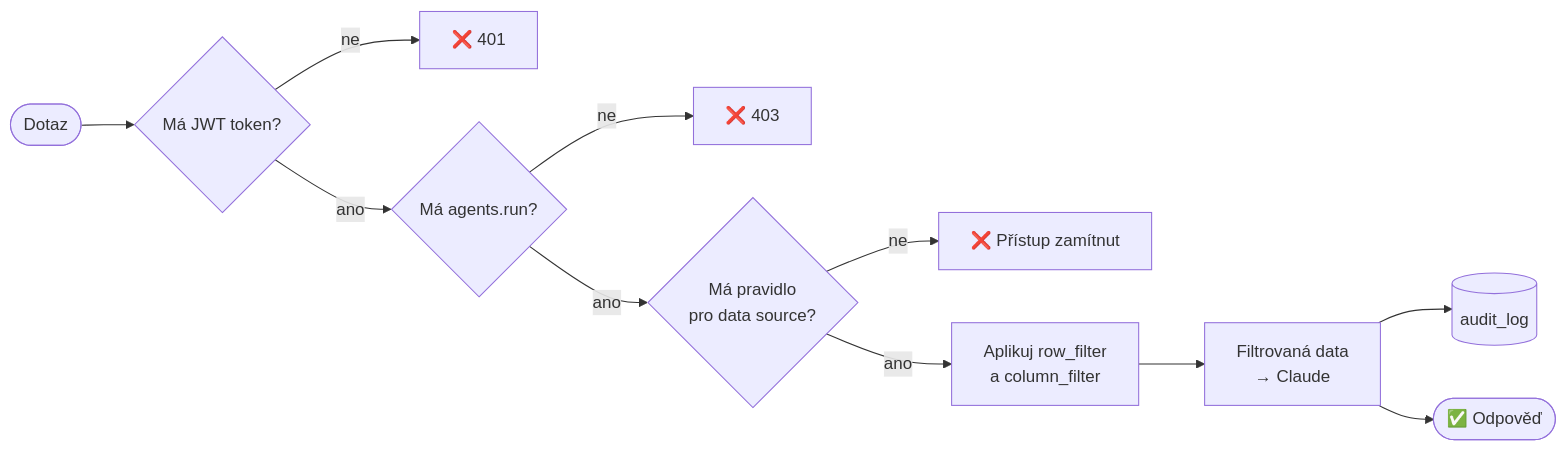
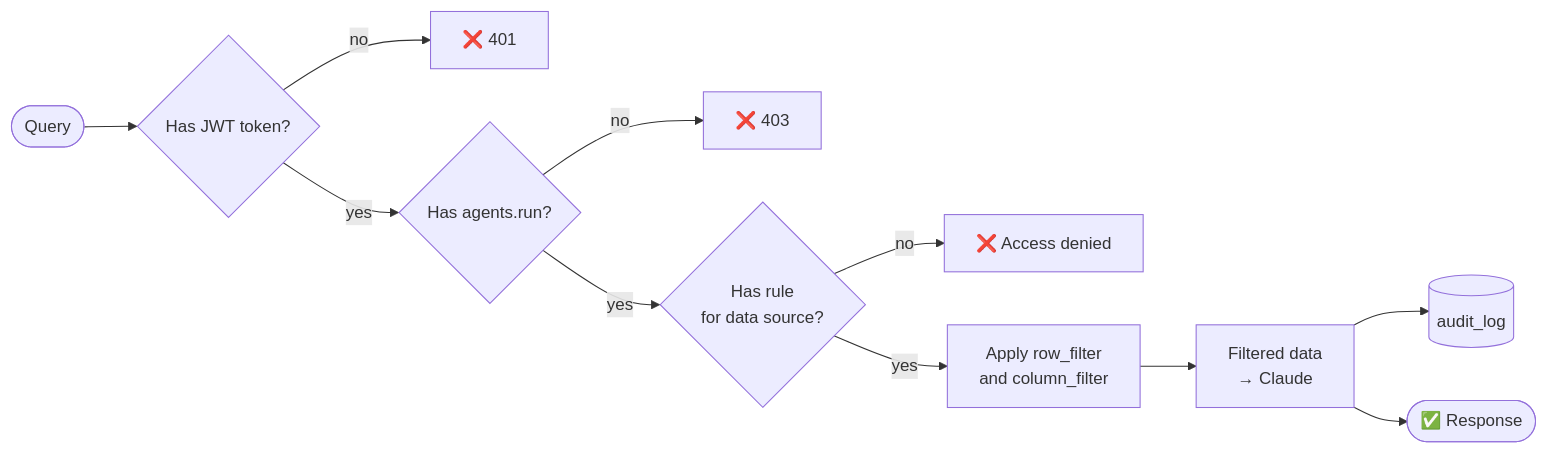
Before and after one commit to navidofek-cmyk/virtual_co: the third of 6 diagrams in db_demo/schema_grafika.md, drawn with Mermaid. The commit also changed other lines of this file and 3 other files, not shown here.

````diff
--- a/db_demo/schema_grafika.md
+++ b/db_demo/schema_grafika.md
@@ -65,13 +65,13 @@
 ```mermaid
 flowchart LR
-    REQ([Dotaz]) --> A1{Má JWT token?}
-    A1 -->|ne| E1[❌ 401]
-    A1 -->|ano| A2{Má agents.run?}
-    A2 -->|ne| E2[❌ 403]
-    A2 -->|ano| A3{Má pravidlo\npro data source?}
-    A3 -->|ne| E3[❌ Přístup zamítnut]
-    A3 -->|ano| A4[Aplikuj row_filter\na column_filter]
-    A4 --> A5[Filtrovaná data\n→ Claude]
+    REQ([Query]) --> A1{Has JWT token?}
+    A1 -->|no| E1[❌ 401]
+    A1 -->|yes| A2{Has agents.run?}
+    A2 -->|no| E2[❌ 403]
+    A2 -->|yes| A3{Has rule\nfor data source?}
+    A3 -->|no| E3[❌ Access denied]
+    A3 -->|yes| A4[Apply row_filter\nand column_filter]
+    A4 --> A5[Filtered data\n→ Claude]
     A5 --> A6[(audit_log)]
-    A5 --> RES([✅ Odpověď])
+    A5 --> RES([✅ Response])
 ```
````
